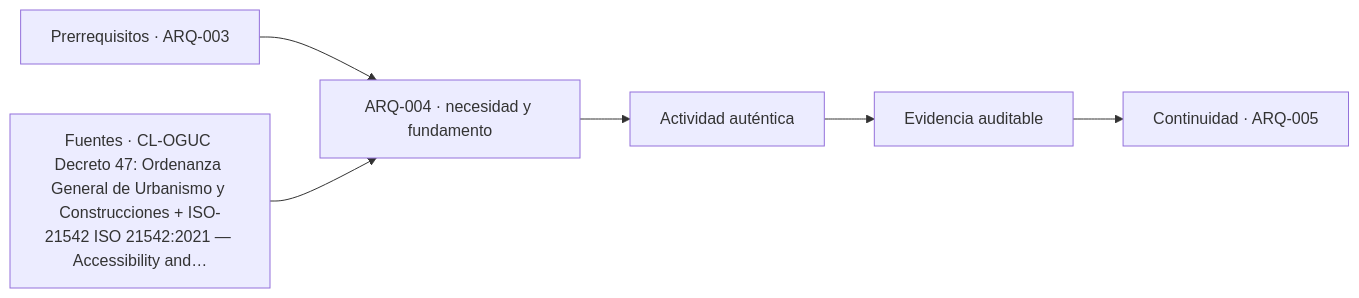
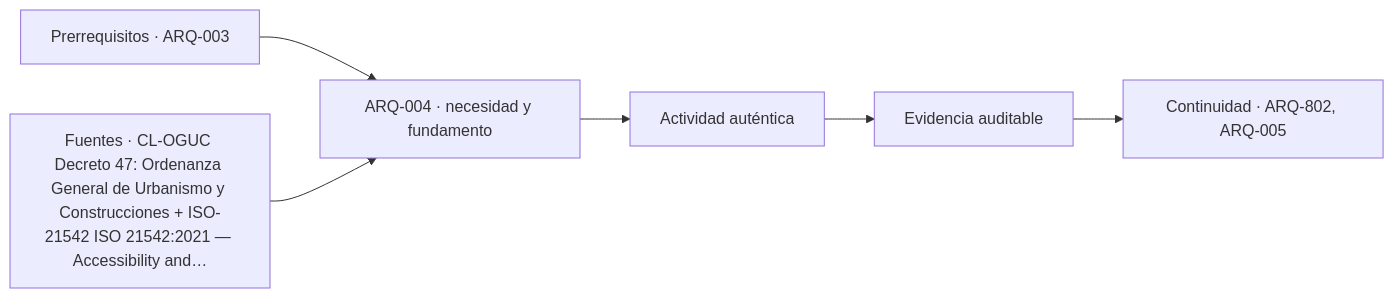
Before and after one commit to vladimiracunadev-create/architecture-built-environment-learning-program: the diagram in classes/parte-01/ARQ-004.md, drawn with Mermaid. The commit also changed other lines of this file and 234 other files, not shown here.

````diff
--- a/classes/parte-01/ARQ-004.md
+++ b/classes/parte-01/ARQ-004.md
@@ -118,8 +118,8 @@
 ```mermaid
 flowchart LR
     A["Prerrequisitos · ARQ-003"] --> B["ARQ-004 · necesidad y fundamento"]
     S["Fuentes · CL-OGUC Decreto 47: Ordenanza General de Urbanismo y Construcciones + ISO-21542 ISO 21542:2021 — Accessibility and…"] --> B
     B --> C["Actividad auténtica"]
     C --> D["Evidencia auditable"]
-    D --> E["Continuidad · ARQ-005"]
+    D --> E["Continuidad · ARQ-802, ARQ-005"]
 ```
````
